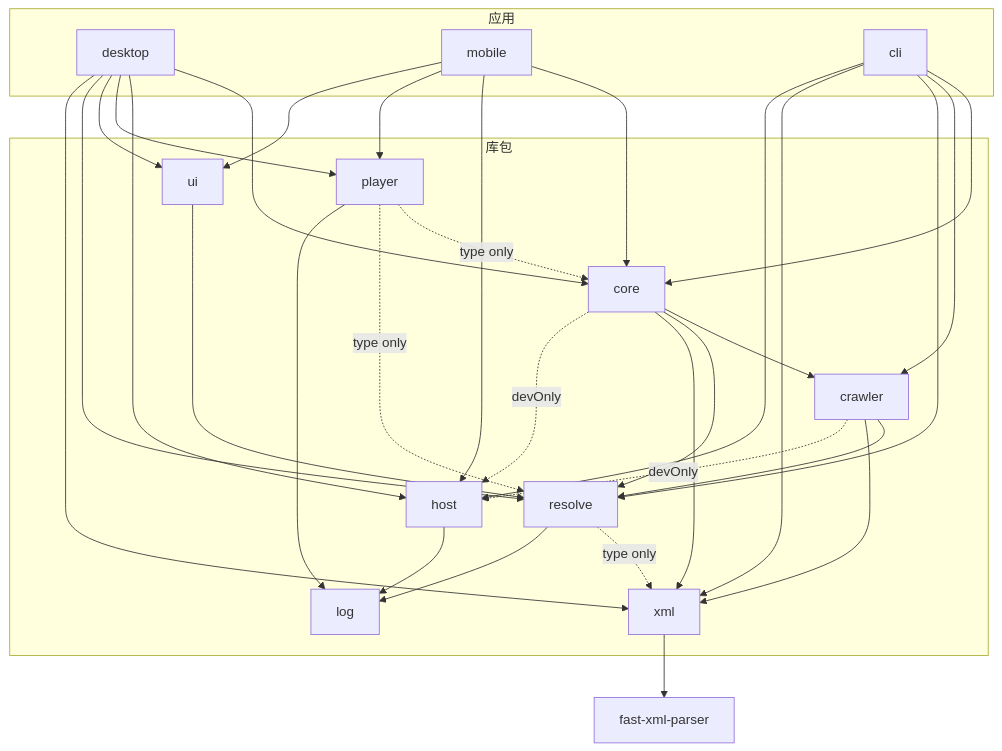
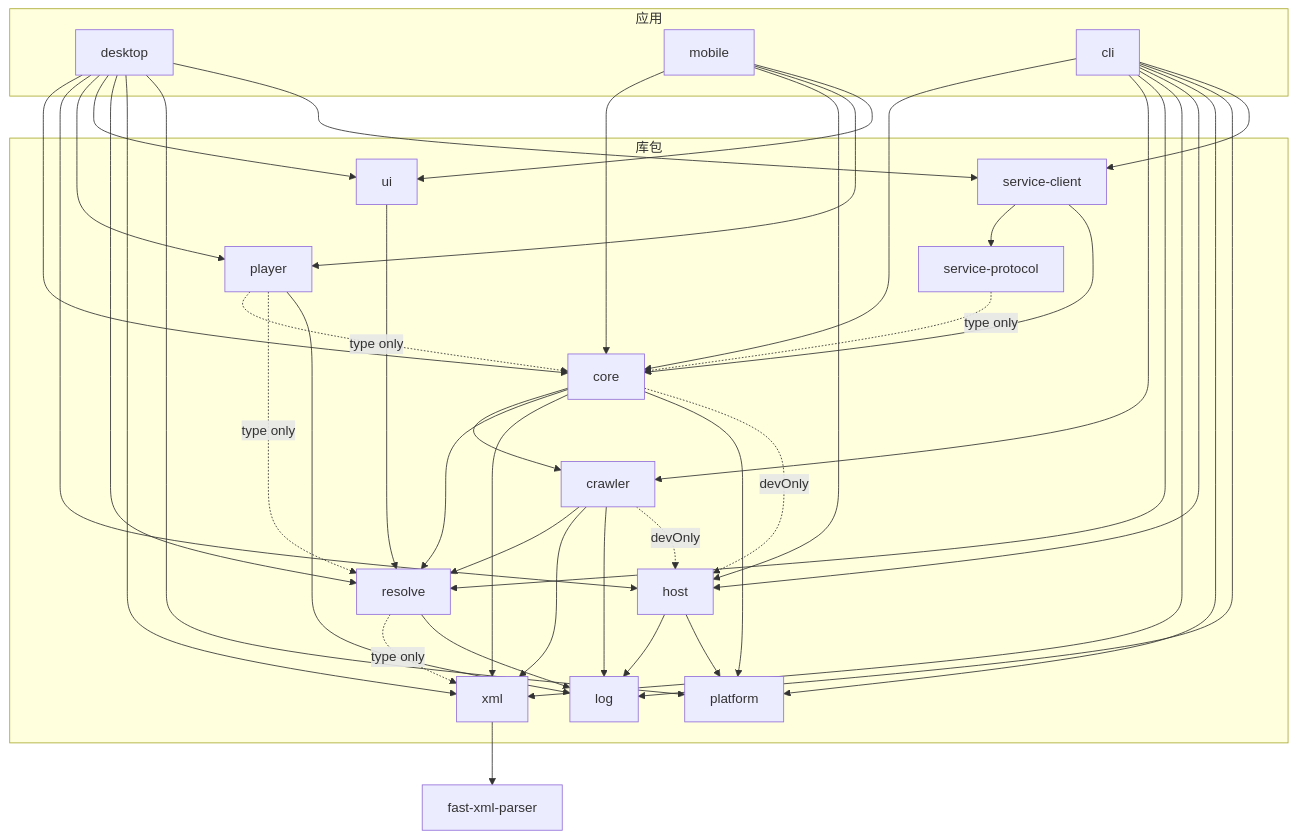
One commit to sakiko999/tauri-rss changed the first of 3 diagrams in docs/architecture/system/01-packages.md. Above: the diagram before and after it, drawn with Mermaid. The commit also changed other lines of this file and 33 other files, not shown here.

````diff
--- a/docs/architecture/system/01-packages.md
+++ b/docs/architecture/system/01-packages.md
@@ -22,48 +17,62 @@
 ```mermaid
 graph TD
   subgraph apps[应用]
     desktop
     mobile
     cli
   end
   subgraph libs[库包]
     core
     crawler
     resolve
     host
     player
     ui
     xml
     log
+    platform
+    service-protocol
+    service-client
   end
   desktop --> core
   desktop --> host
   desktop --> player
   desktop --> ui
   desktop --> resolve
   desktop --> xml
+  desktop --> platform
+  desktop --> service-client
   mobile --> core
   mobile --> host
   mobile --> player
   mobile --> ui
   cli --> core
   cli --> crawler
   cli --> resolve
   cli --> xml
   cli --> host
+  cli --> platform
+  cli --> log
+  cli --> service-client
   core --> crawler
   core --> resolve
   core --> xml
+  core --> platform
   core -. devOnly .-> host
   crawler --> resolve
   crawler --> xml
+  crawler --> log
   crawler -. devOnly .-> host
   resolve -. "type only" .-> xml
   resolve --> log
   player -. "type only" .-> core
   player -. "type only" .-> resolve
   player --> log
   host --> log
+  host --> platform
   ui --> resolve
+  service-client --> service-protocol
+  service-client --> core
+  service-protocol -. "type only" .-> core
   xml --> fx[fast-xml-parser]
 ```
````
